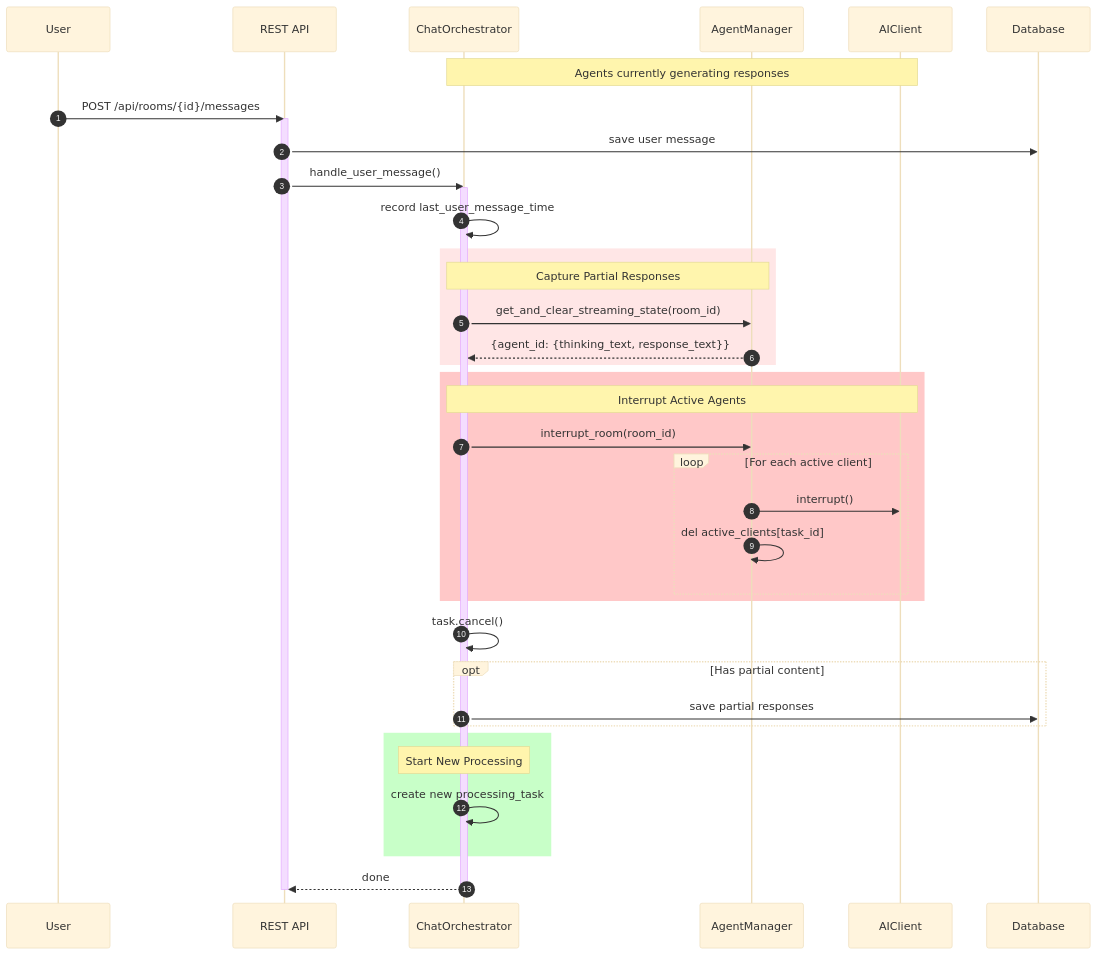
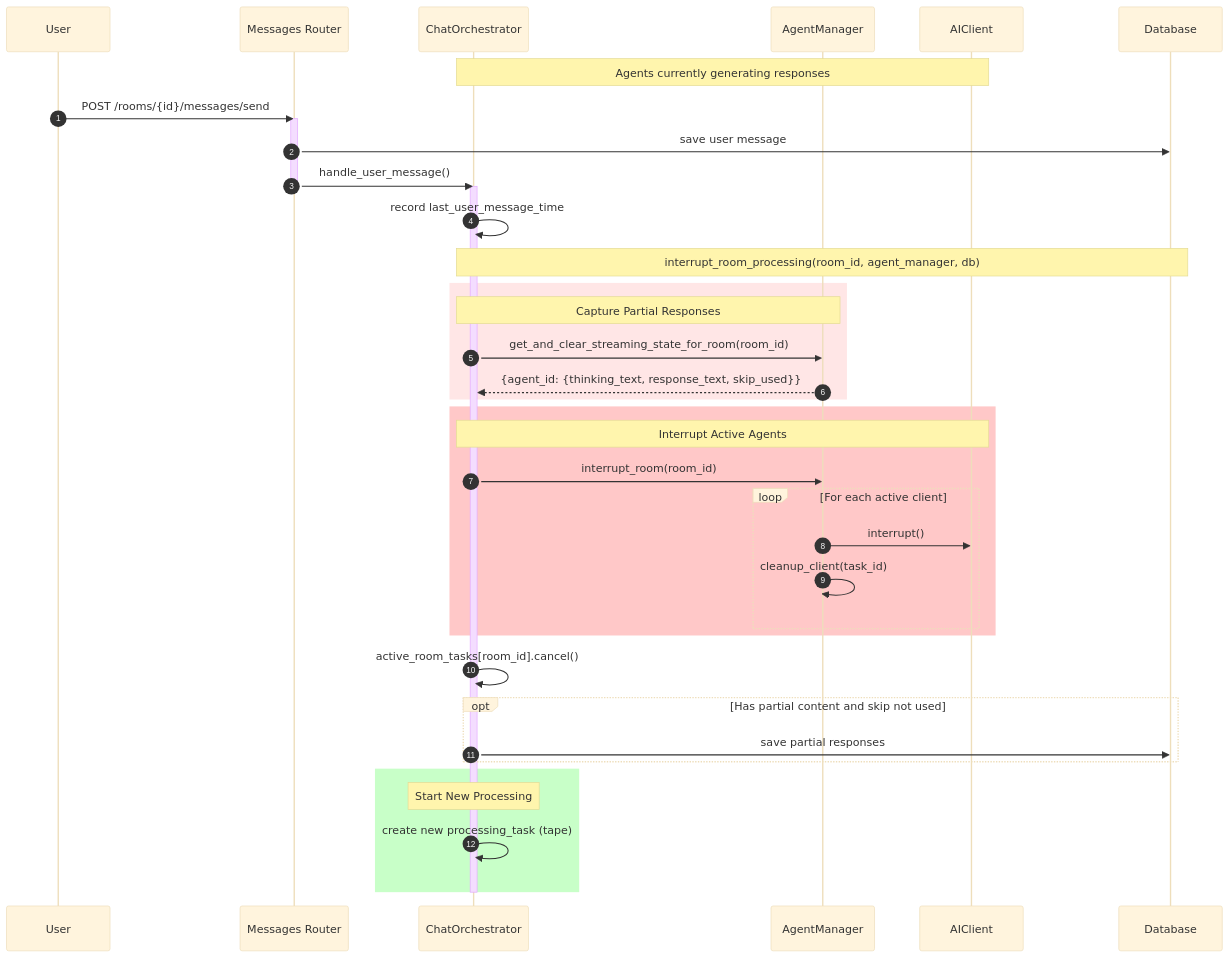
Before and after one commit to sorryhyun/chitchats-public: the fourth of 5 diagrams in docs/sequence-diagrams.md, drawn with Mermaid (base theme). The commit also changed other lines of this file and 8 other files, not shown here.

````diff
--- a/docs/sequence-diagrams.md
+++ b/docs/sequence-diagrams.md
@@ -178,51 +265,52 @@
 ```mermaid
 sequenceDiagram
     autonumber
     participant User
-    participant API as REST API
+    participant API as Messages Router
     participant CO as ChatOrchestrator
     participant AM as AgentManager
     participant Client as AIClient
     participant DB as Database
 
     Note over CO,Client: Agents currently generating responses
 
-    User->>API: POST /api/rooms/{id}/messages
+    User->>API: POST /rooms/{id}/messages/send
     activate API
 
     API->>DB: save user message
     API->>CO: handle_user_message()
+    deactivate API
     activate CO
 
     CO->>CO: record last_user_message_time
 
+    Note over CO,DB: interrupt_room_processing(room_id, agent_manager, db)
+
     rect rgb(255, 230, 230)
         Note over CO,AM: Capture Partial Responses
-        CO->>AM: get_and_clear_streaming_state(room_id)
-        AM-->>CO: {agent_id: {thinking_text, response_text}}
+        CO->>AM: get_and_clear_streaming_state_for_room(room_id)
+        AM-->>CO: {agent_id: {thinking_text, response_text, skip_used}}
     end
 
     rect rgb(255, 200, 200)
         Note over CO,Client: Interrupt Active Agents
         CO->>AM: interrupt_room(room_id)
         loop For each active client
             AM->>Client: interrupt()
-            AM->>AM: del active_clients[task_id]
+            AM->>AM: cleanup_client(task_id)
         end
     end
 
-    CO->>CO: task.cancel()
+    CO->>CO: active_room_tasks[room_id].cancel()
 
-    opt Has partial content
+    opt Has partial content and skip not used
         CO->>DB: save partial responses
     end
 
     rect rgb(200, 255, 200)
         Note over CO: Start New Processing
-        CO->>CO: create new processing_task
+        CO->>CO: create new processing_task (tape)
     end
 
-    CO-->>API: done
     deactivate CO
-    deactivate API
 ```
````
